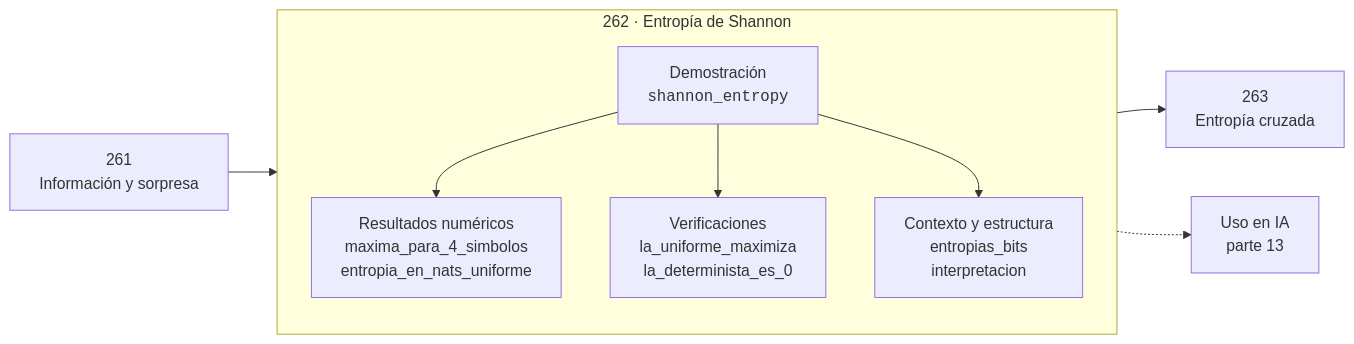
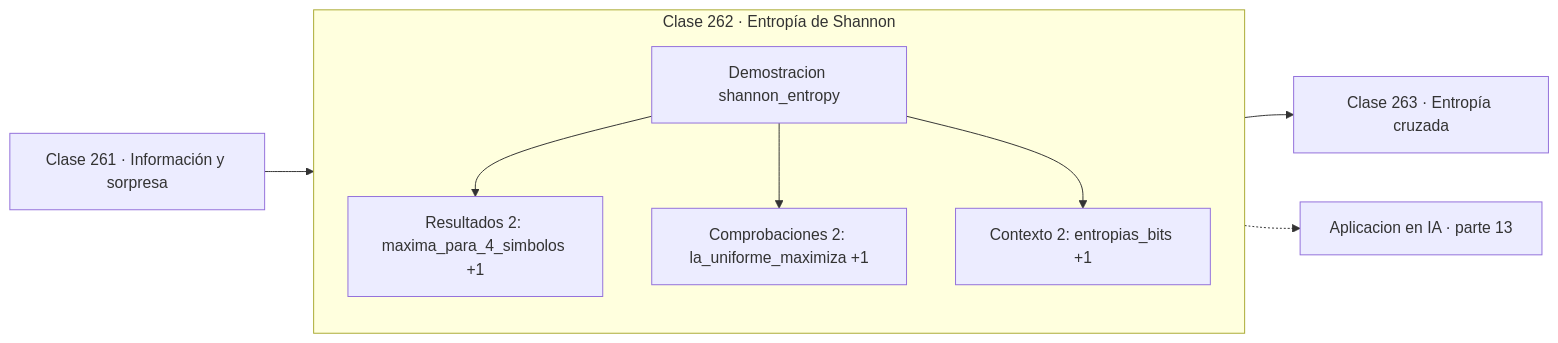
One commit to vladimiracunadev-create/computational-mathematics-program changed the diagram in classes/part-13-teoria-de-la-informacion-senales-y-series/262-entropia-de-shannon/README.md. Above: the diagram before and after it, drawn with Mermaid. The commit also changed 389 other files, not shown here.

First line of the commit message:
fix(diagramas): elimina el HTML de las etiquetas Mermaid

````diff
--- a/classes/part-13-teoria-de-la-informacion-senales-y-series/262-entropia-de-shannon/README.md
+++ b/classes/part-13-teoria-de-la-informacion-senales-y-series/262-entropia-de-shannon/README.md
@@ -30,12 +30,13 @@
 ```mermaid
 flowchart LR
-    P["261<br/>Información y sorpresa"] --> C
-    subgraph C["262 · Entropía de Shannon"]
+    P["Clase 261 · Información y sorpresa"] --> D
+    subgraph CLASE["Clase 262 · Entropía de Shannon"]
         direction TB
-        D["Demostración<br/><code>shannon_entropy</code>"] --> R["Resultados numéricos<br/>maxima_para_4_simbolos<br/>entropia_en_nats_uniforme"]
-        D --> V["Verificaciones<br/>la_uniforme_maximiza<br/>la_determinista_es_0"]
-        D --> O["Contexto y estructura<br/>entropias_bits<br/>interpretacion"]
+        D["Demostracion shannon_entropy"]
+        D --> R["Resultados 2: maxima_para_4_simbolos +1"]
+        D --> V["Comprobaciones 2: la_uniforme_maximiza +1"]
+        D --> O["Contexto 2: entropias_bits +1"]
     end
-    C --> N["263<br/>Entropía cruzada"]
-    C -.-> IA["Uso en IA<br/>parte 13"]
+    R --> N["Clase 263 · Entropía cruzada"]
+    V -.-> IA["Aplicacion en IA · parte 13"]
 ```
````
